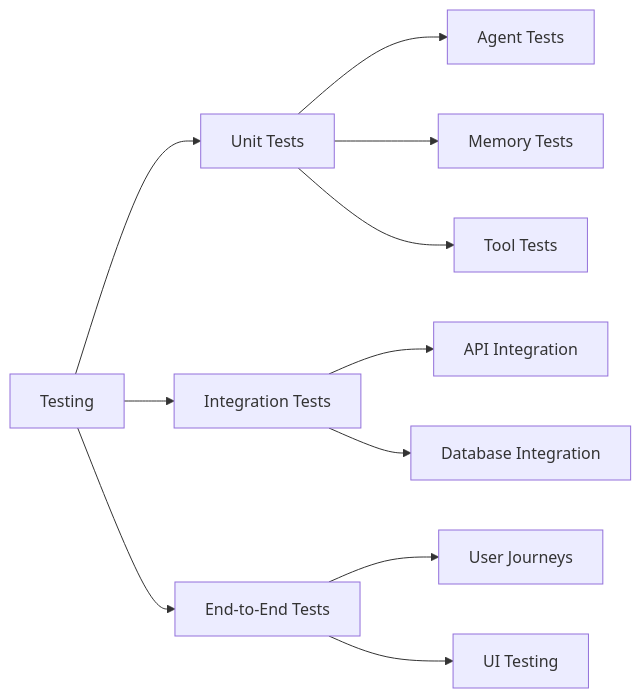
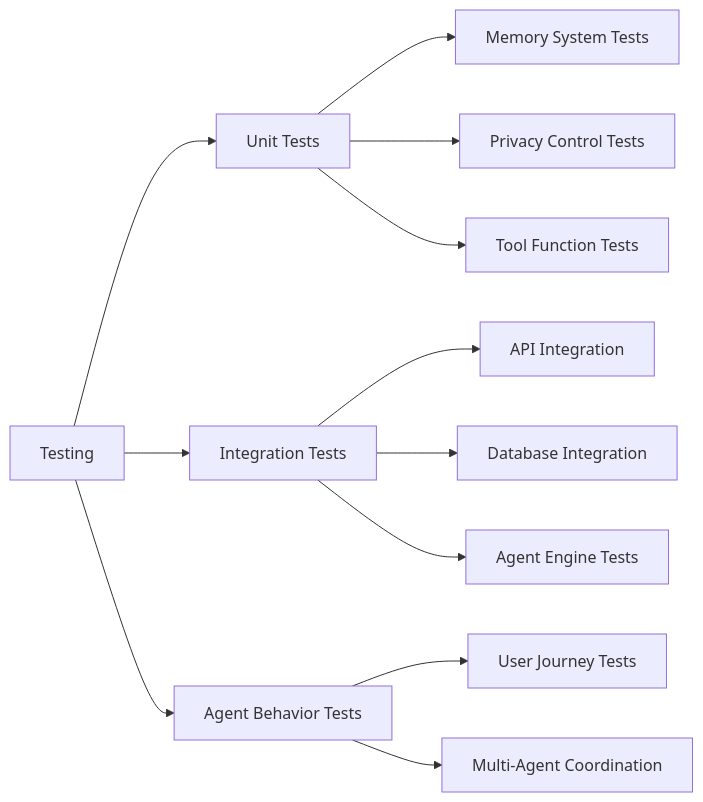
One commit to ChanMeng666/wellness-agent changed the seventh of 7 diagrams in README.md. Above: the diagram before and after it, drawn with Mermaid. The commit also changed other lines of this file, not shown here.

````diff
--- a/README.md
+++ b/README.md
@@ -364,16 +775,17 @@
 ```mermaid
 flowchart LR
     A[Testing] --> B[Unit Tests]
     A --> C[Integration Tests]
-    A --> D[End-to-End Tests]
+    A --> D[Agent Behavior Tests]
     
-    B --> B1[Agent Tests]
-    B --> B2[Memory Tests]
-    B --> B3[Tool Tests]
+    B --> B1[Memory System Tests]
+    B --> B2[Privacy Control Tests]
+    B --> B3[Tool Function Tests]
     
     C --> C1[API Integration]
     C --> C2[Database Integration]
+    C --> C3[Agent Engine Tests]
     
-    D --> D1[User Journeys]
-    D --> D2[UI Testing]
+    D --> D1[User Journey Tests]
+    D --> D2[Multi-Agent Coordination]
 ```
````
